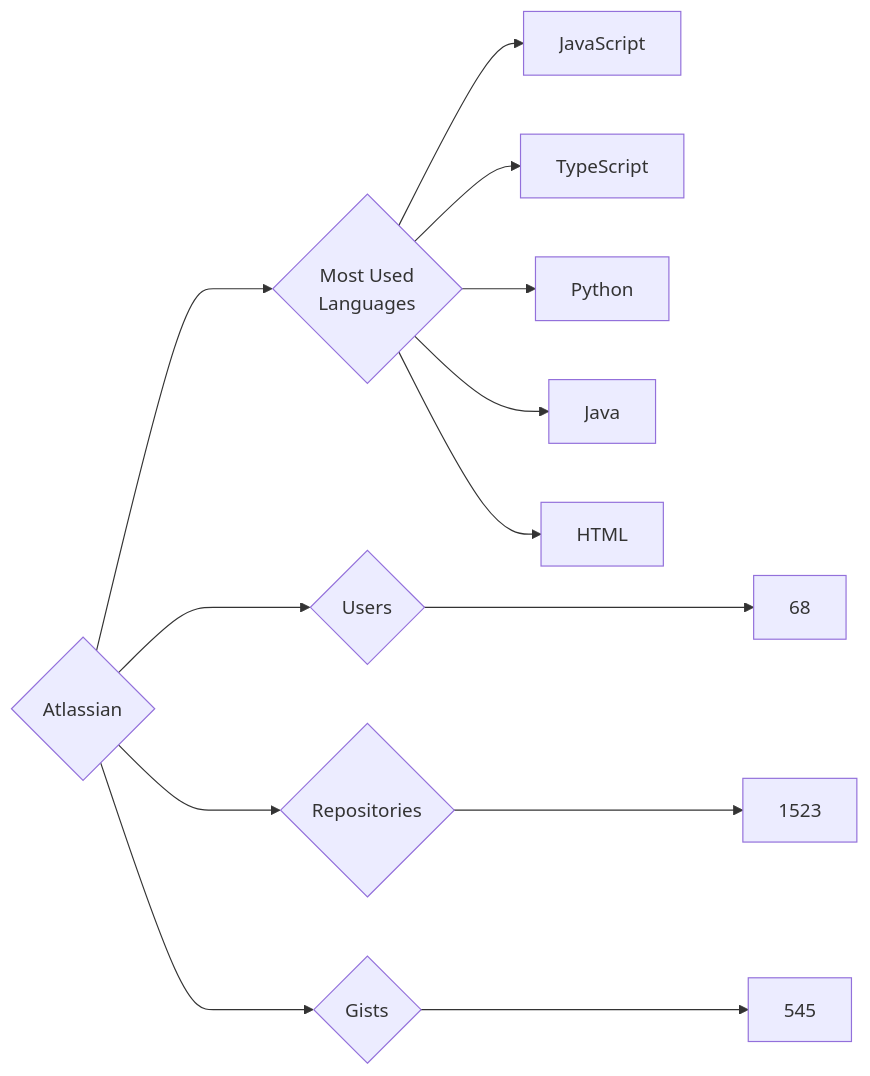
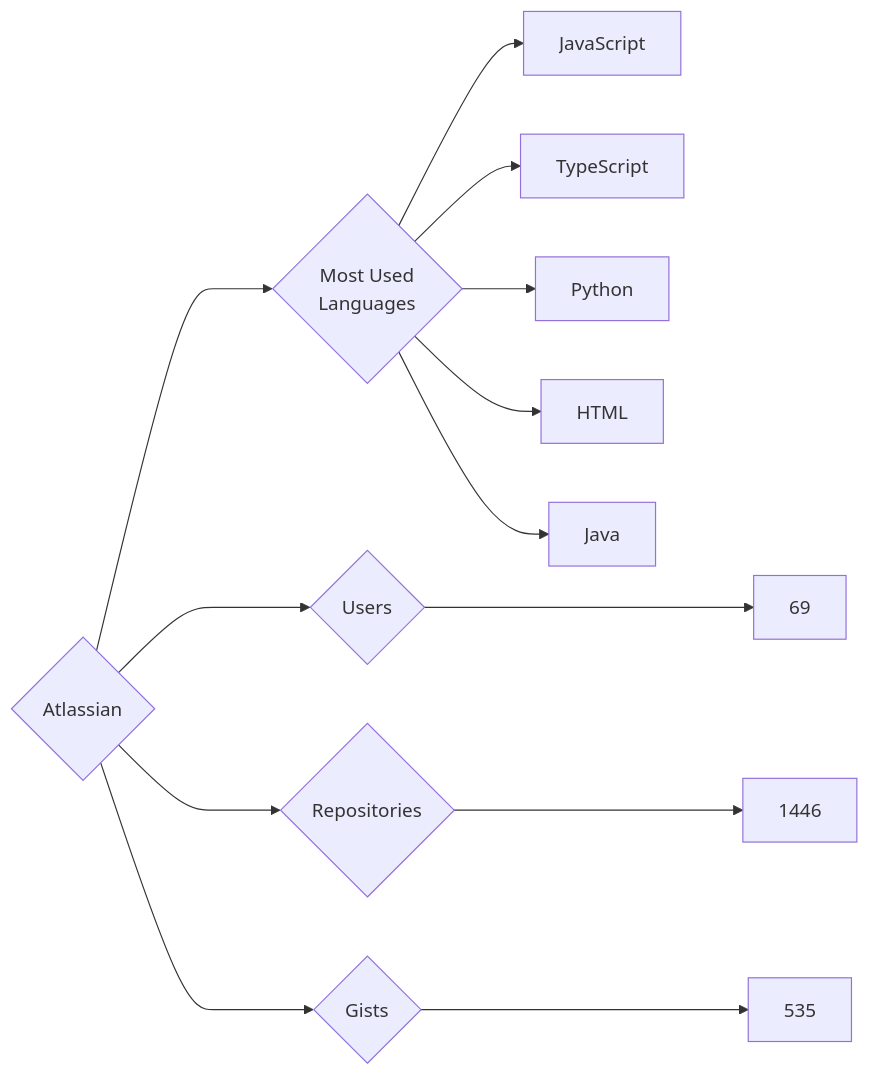
Before and after one commit to trickest/insiders: the diagram in targets/Atlassian/README.md, drawn with Mermaid. The commit also changed 745 other files, not shown here.

````diff
--- a/targets/Atlassian/README.md
+++ b/targets/Atlassian/README.md
@@ -3,13 +3,13 @@
 ```mermaid
 graph LR
 COMPANY_NAME{Atlassian}
-COMPANY_NAME ---> U{Users} ---> UN[68]
-COMPANY_NAME ---> R{Repositories} ---> RN[1523]
-COMPANY_NAME ---> G{Gists} ---> GN[545]
+COMPANY_NAME ---> U{Users} ---> UN[69]
+COMPANY_NAME ---> R{Repositories} ---> RN[1446]
+COMPANY_NAME ---> G{Gists} ---> GN[535]
 COMPANY_NAME ---> ML{Most Used<br>Languages}
 ML --> JavaScript[JavaScript]
 ML --> TypeScript[TypeScript]
 ML --> Python[Python]
+ML --> HTML[HTML]
 ML --> Java[Java]
-ML --> HTML[HTML]
 ```
````
